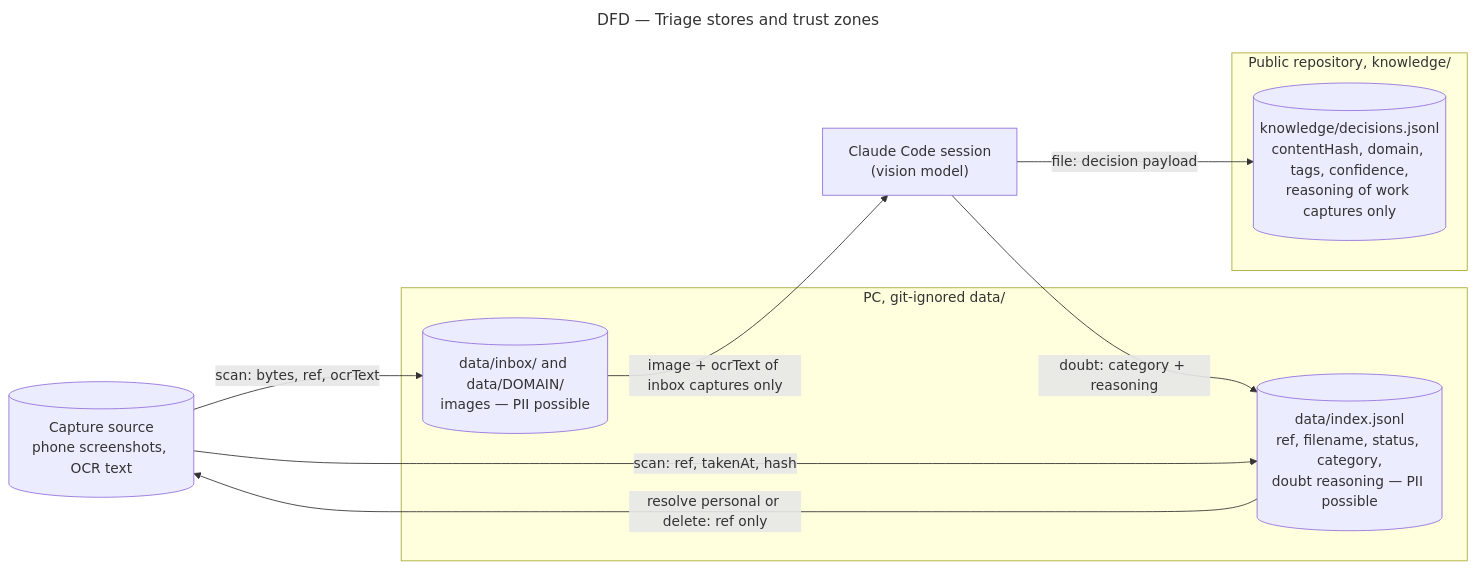
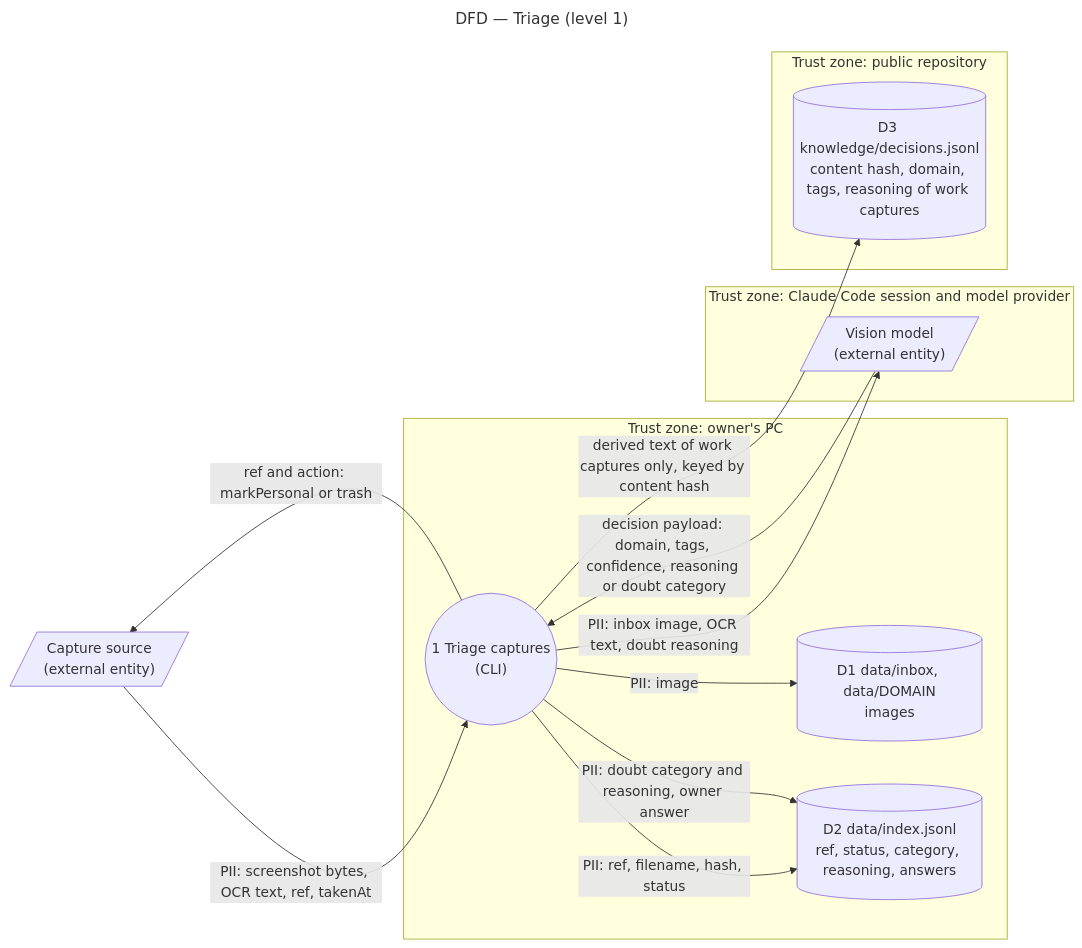
The diagram in docs/architecture/diagrams/triage/06-data-flow.md (benoit-bremaud/screenshot-triage), drawn with Mermaid before and after one commit. The commit also changed other lines of this file and 11 other files, not shown here.

First line of the commit message:
docs(triage/architecture): make final statuses durable at the source

````diff
--- a/docs/architecture/diagrams/triage/06-data-flow.md
+++ b/docs/architecture/diagrams/triage/06-data-flow.md
@@ -13,21 +13,26 @@
 ```mermaid
 ---
-title: DFD — Triage stores and trust zones
+title: DFD — Triage (level 1)
 ---
 flowchart LR
-  Source[("Capture source<br/>phone screenshots, OCR text")]
-  subgraph PC ["PC, git-ignored data/"]
-    Inbox[("data/inbox/ and data/DOMAIN/<br/>images — PII possible")]
-    Index[("data/index.jsonl<br/>ref, filename, status, category,<br/>doubt reasoning — PII possible")]
+  Source[/"Capture source<br/>(external entity)"/]
+  subgraph PC ["Trust zone: owner's PC"]
+    P1(("1 Triage captures<br/>(CLI)"))
+    Inbox[("D1 data/inbox, data/DOMAIN<br/>images")]
+    Index[("D2 data/index.jsonl<br/>ref, status, category, reasoning, answers")]
   end
-  subgraph Git ["Public repository, knowledge/"]
-    Log[("knowledge/decisions.jsonl<br/>contentHash, domain, tags, confidence,<br/>reasoning of work captures only")]
+  subgraph Provider ["Trust zone: Claude Code session and model provider"]
+    Session[/"Vision model<br/>(external entity)"/]
   end
-  Session["Claude Code session<br/>(vision model)"]
-  Source -->|"scan: bytes, ref, ocrText"| Inbox
-  Source -->|"scan: ref, takenAt, hash"| Index
-  Inbox -->|"image + ocrText of inbox captures only"| Session
-  Session -->|"file: decision payload"| Log
-  Session -->|"doubt: category + reasoning"| Index
-  Index -->|"resolve personal or delete: ref only"| Source
+  subgraph Git ["Trust zone: public repository"]
+    Log[("D3 knowledge/decisions.jsonl<br/>content hash, domain, tags, reasoning of work captures")]
+  end
+  Source -->|"PII: screenshot bytes, OCR text, ref, takenAt"| P1
+  P1 -->|"PII: image"| Inbox
+  P1 -->|"PII: ref, filename, hash, status"| Index
+  P1 -->|"PII: inbox image, OCR text, doubt reasoning"| Session
+  Session -->|"decision payload: domain, tags, confidence, reasoning or doubt category"| P1
+  P1 -->|"PII: doubt category and reasoning, owner answer"| Index
+  P1 -->|"derived text of work captures only, keyed by content hash"| Log
+  P1 -->|"ref and action: markPersonal or trash"| Source
 ```
````
